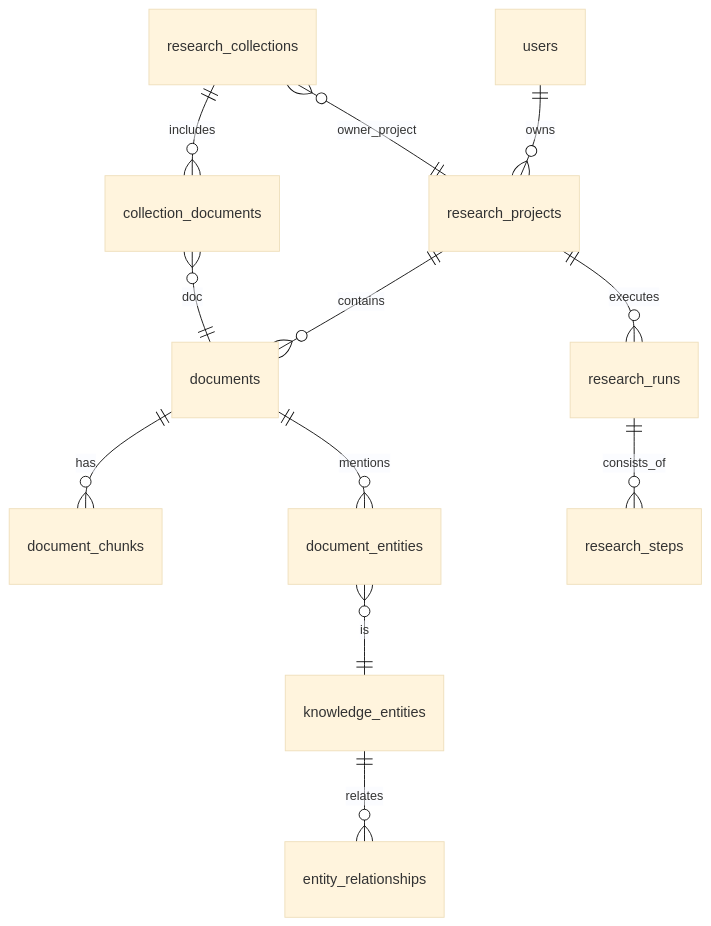
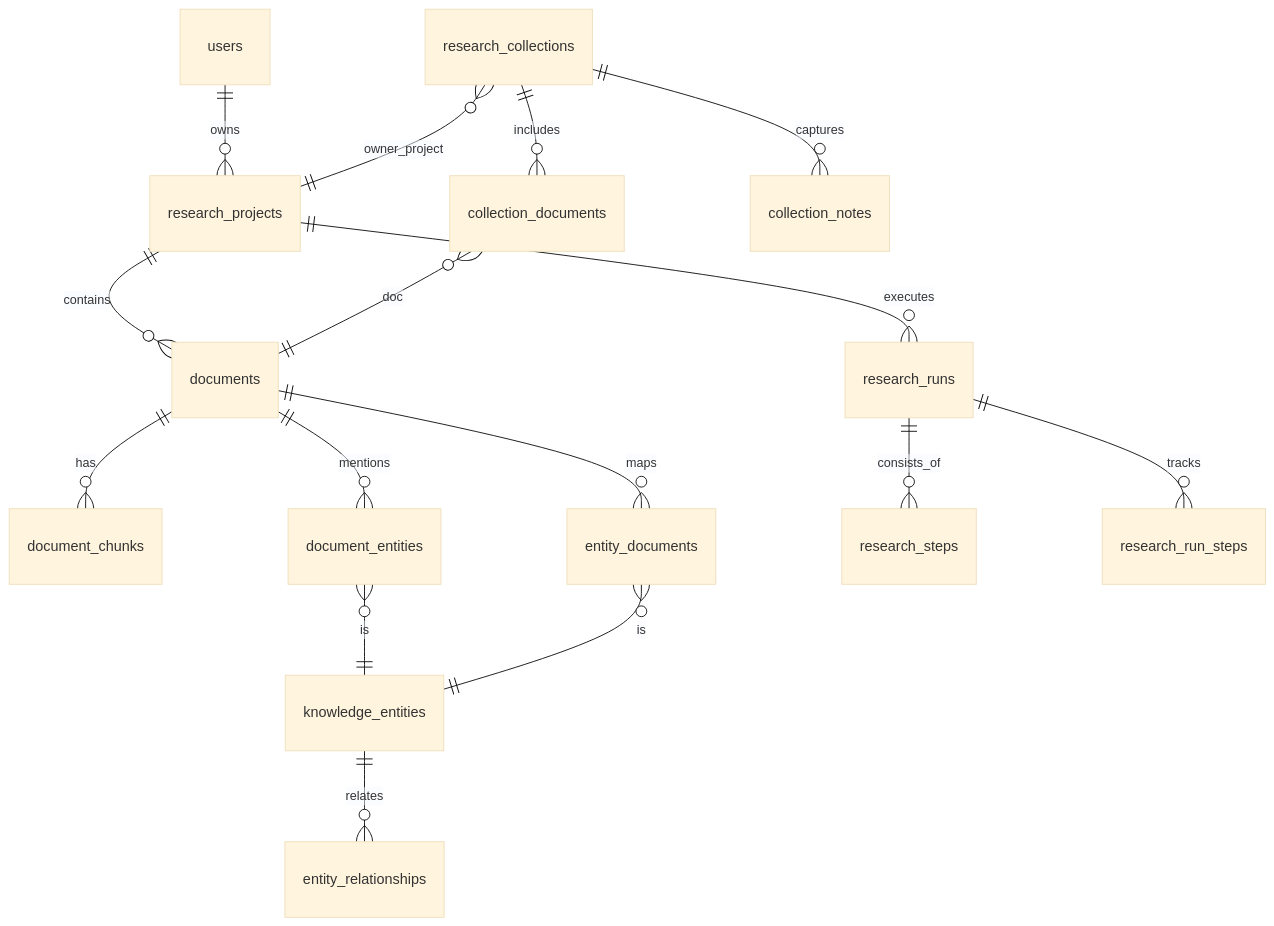
The second of 2 diagrams in README.md (obone410/AI-Research-Assistant), drawn with Mermaid (base theme) before and after one commit. The commit also changed other lines of this file and 16 other files, not shown here.

````diff
--- a/README.md
+++ b/README.md
@@ -54,14 +55,18 @@
 ```mermaid
 erDiagram
     users ||--o{ research_projects : owns
     research_projects ||--o{ documents : contains
     research_projects ||--o{ research_runs : executes
     research_collections ||--o{ collection_documents : includes
+    research_collections ||--o{ collection_notes : captures
     research_collections }o--|| research_projects : owner_project
     documents ||--o{ document_chunks : has
     documents ||--o{ document_entities : mentions
+    documents ||--o{ entity_documents : maps
     document_entities }o--|| knowledge_entities : is
+    entity_documents }o--|| knowledge_entities : is
     knowledge_entities ||--o{ entity_relationships : relates
     research_runs ||--o{ research_steps : consists_of
+    research_runs ||--o{ research_run_steps : tracks
     collection_documents }o--|| documents : doc
 ```
````
